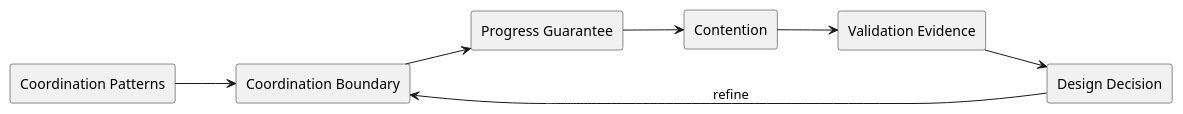
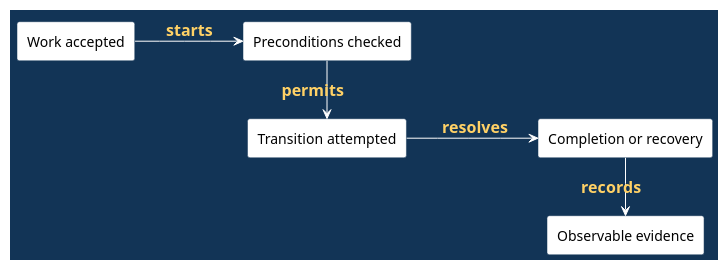
Before and after one commit to madajaju/CS5254: the third of 16 diagrams in doc/lectures/week5/coordination_patterns/README.slides.adoc, drawn with PlantUML. The commit also changed other lines of this file and 62 other files, not shown here.

```diff
--- a/doc/lectures/week5/coordination_patterns/README.slides.adoc
+++ b/doc/lectures/week5/coordination_patterns/README.slides.adoc
@@ -71,22 +106,29 @@
-[plantuml, target=system_architecture, format=svg, width=80%]
+[plantuml,width=100%]
 ----
 @startuml
-skinparam monochrome true
+skinparam BackgroundColor #123456
+skinparam DefaultFontColor white
+skinparam ArrowColor white
+skinparam ArrowFontColor #ffd166
+skinparam ArrowFontStyle bold
+skinparam ArrowFontSize 16
 skinparam shadowing false
+skinparam rectangle {
+  BackgroundColor white
+  FontColor black
+  BorderColor #123456
+}
 left to right direction
 
-rectangle "Coordination Patterns" as Topic
-rectangle "Coordination Boundary" as A
-rectangle "Progress Guarantee" as B
-rectangle "Contention" as C
-rectangle "Validation Evidence" as V
-rectangle "Design Decision" as D
+rectangle "Work accepted" as A
+rectangle "Preconditions checked" as B
+rectangle "Transition attempted" as C
+rectangle "Completion or recovery" as D
+rectangle "Observable evidence" as E
 
-Topic --> A
-A --> B
-B --> C
-C --> V
-V --> D
-D --> A : refine
+A --> B : starts
+B -> C : permits
+C --> D : resolves
+D -> E : records
 @enduml
 ----
```
